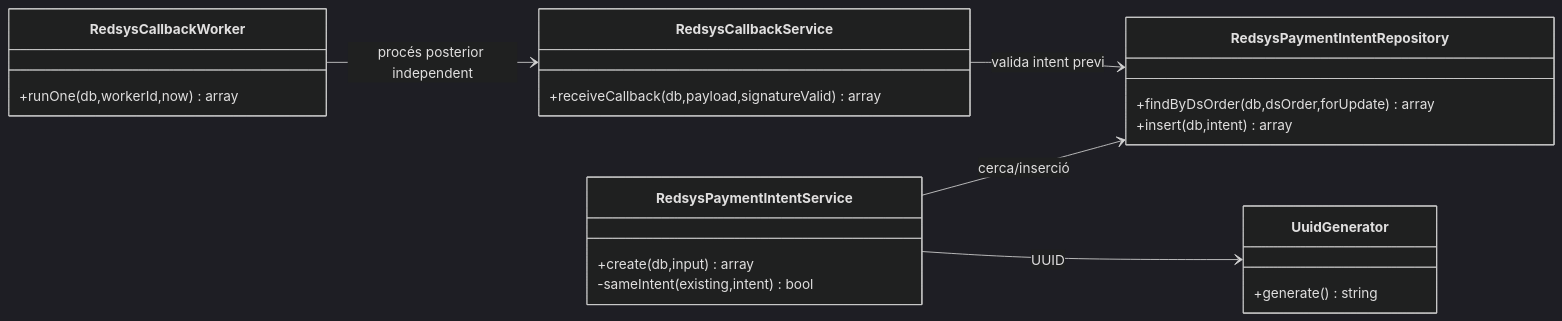
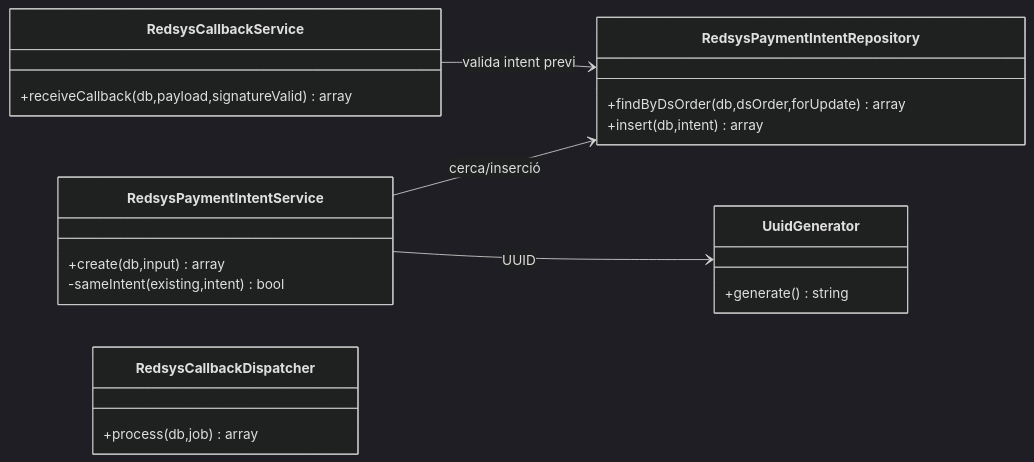
One commit to orgmeriemprismacat-del/verifactu changed the second of 3 diagrams in documentacio/07-uml-integrat/uc-063-crear-intencio-redsys.md. Above: the diagram before and after it, drawn with Mermaid (dark theme). The commit also changed other lines of this file, not shown here.

Commit message:
docs: UC-63 evitar una dependència de classes no executada

````diff
--- a/documentacio/07-uml-integrat/uc-063-crear-intencio-redsys.md
+++ b/documentacio/07-uml-integrat/uc-063-crear-intencio-redsys.md
@@ -69,25 +69,24 @@
 ```mermaid
 classDiagram
 direction LR
 class RedsysPaymentIntentService {
  +create(db,input) array
  -sameIntent(existing,intent) bool
 }
 class RedsysPaymentIntentRepository {
  +findByDsOrder(db,dsOrder,forUpdate) array
  +insert(db,intent) array
 }
 class UuidGenerator {
  +generate() string
 }
 class RedsysCallbackService {
  +receiveCallback(db,payload,signatureValid) array
 }
-class RedsysCallbackWorker {
- +runOne(db,workerId,now) array
+class RedsysCallbackDispatcher {
+ +process(db,job) array
 }
 RedsysPaymentIntentService --> RedsysPaymentIntentRepository : cerca/inserció
 RedsysPaymentIntentService --> UuidGenerator : UUID
 RedsysCallbackService --> RedsysPaymentIntentRepository : valida intent previ
-RedsysCallbackWorker --> RedsysCallbackService : procés posterior independent
 ```
````
